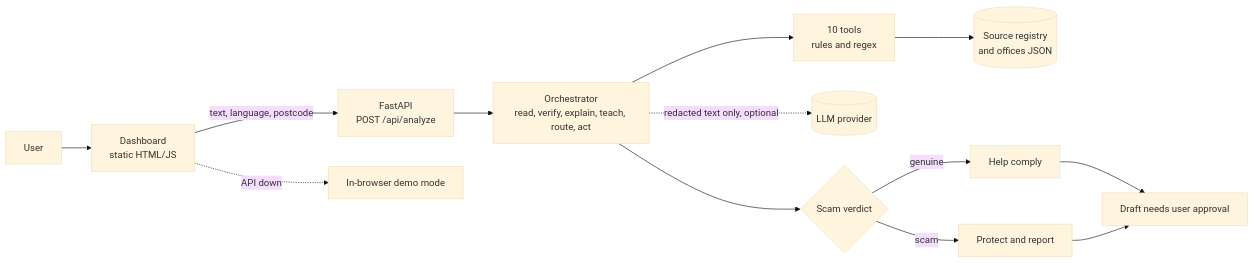
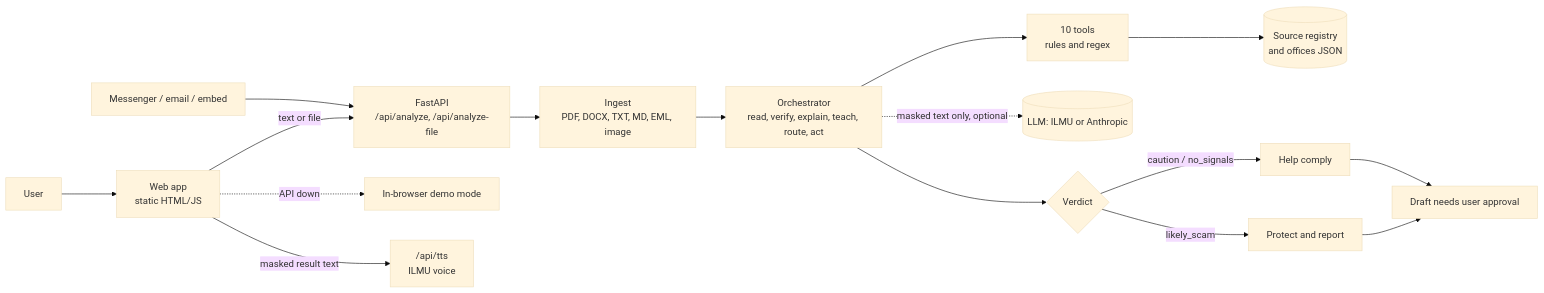
One commit to lkaixian/faham changed the diagram in README.md. Above: the diagram before and after it, drawn with Mermaid (base theme). The commit also changed other lines of this file and 28 other files, not shown here.

````diff
--- a/README.md
+++ b/README.md
@@ -23,15 +31,18 @@
 ```mermaid
 flowchart LR
-  U[User] --> FE["Dashboard<br/>static HTML/JS"]
-  FE -- "text, language, postcode" --> API["FastAPI<br/>POST /api/analyze"]
+  U[User] --> FE["Web app<br/>static HTML/JS"]
+  CH["Messenger / email / embed"] --> API
+  FE -- "text or file" --> API["FastAPI<br/>/api/analyze, /api/analyze-file"]
   FE -. "API down" .-> DEMO["In-browser demo mode"]
-  API --> O["Orchestrator<br/>read, verify, explain, teach, route, act"]
+  API --> ING["Ingest<br/>PDF, DOCX, TXT, MD, EML, image"]
+  ING --> O["Orchestrator<br/>read, verify, explain, teach, route, act"]
   O --> T["10 tools<br/>rules and regex"]
   T --> K[("Source registry<br/>and offices JSON")]
-  O -. "redacted text only, optional" .-> L[("LLM provider")]
-  O --> G{"Scam verdict"}
-  G -- genuine --> H["Help comply"]
-  G -- scam --> P["Protect and report"]
+  O -. "masked text only, optional" .-> L[("LLM: ILMU or Anthropic")]
+  FE -- "masked result text" --> TTS["/api/tts<br/>ILMU voice"]
+  O --> G{"Verdict"}
+  G -- "likely_scam" --> P["Protect and report"]
+  G -- "caution / no_signals" --> H["Help comply"]
   H --> A["Draft needs user approval"]
   P --> A
 ```
````
